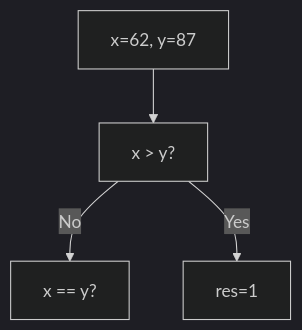
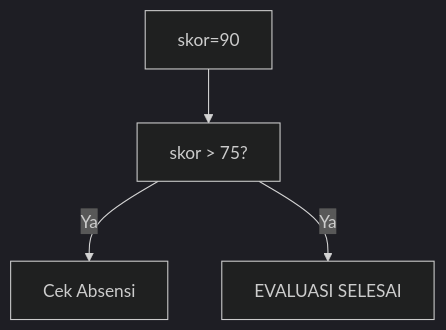
One commit to amnahwaida/OSNK_INF_PREP changed diagram 14 of 25 in part-c-pemahaman-cpp/02-percabangan/latihan/set-02.md. Above: the diagram before and after it, drawn with Mermaid (dark theme). The commit also changed other lines of this file and 71 other files, not shown here.

````diff
--- a/part-c-pemahaman-cpp/02-percabangan/latihan/set-02.md
+++ b/part-c-pemahaman-cpp/02-percabangan/latihan/set-02.md
@@ -393,6 +408,6 @@
 ```mermaid
 graph TD
-A["x=62, y=87"] --> B["x > y?"]
-B -- No --> C["x == y?"]
-B -- Yes --> D[res=1]
+A["skor=90"] --> B["skor > 75?"]
+B -- Ya --> C["Cek Absensi"]
+B -- Ya --> D["EVALUASI SELESAI"]
 ```
````
